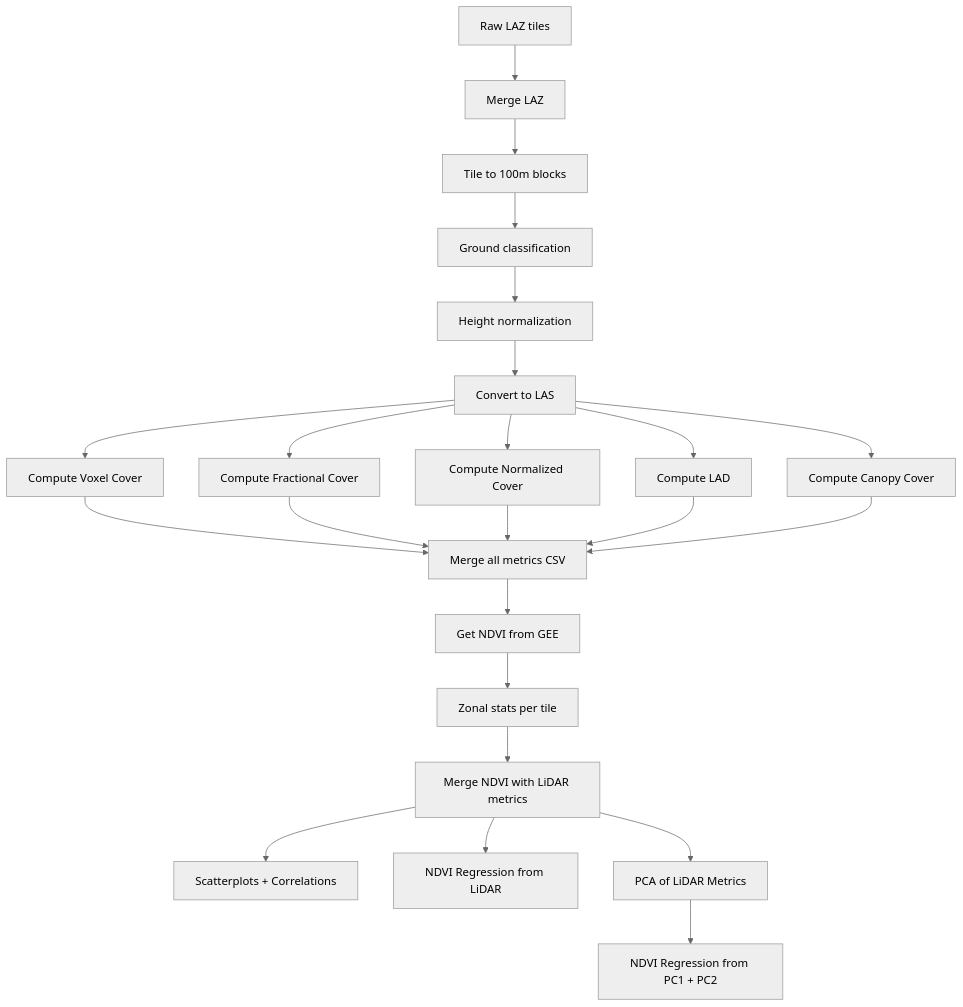
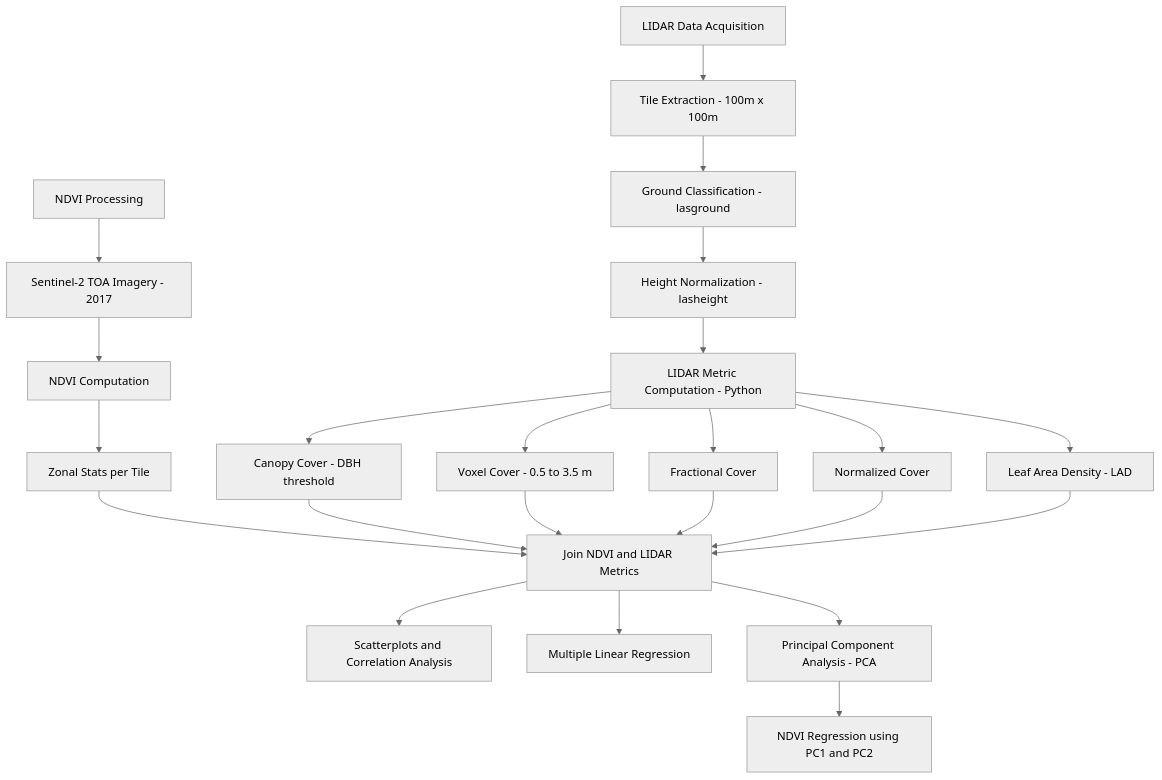
One commit to jarencecasisirano/taal-lidar-understory changed the diagram in README.md. Above: the diagram before and after it, drawn with Mermaid (neutral theme).

Commit message:
updated readme flowchart

````diff
--- a/README.md
+++ b/README.md
@@ -53,25 +53,44 @@
 ```mermaid
 graph TD
-  A[Raw LAZ tiles] --> B[Merge LAZ]
-  B --> C[Tile to 100m blocks]
-  C --> D[Ground classification]
-  D --> E[Height normalization]
-  E --> F[Convert to LAS]
-  F --> G1[Compute Voxel Cover]
-  F --> G2[Compute Fractional Cover]
-  F --> G3[Compute Normalized Cover]
-  F --> G4[Compute LAD]
-  F --> G5[Compute Canopy Cover]
-  G1 --> H[Merge all metrics CSV]
-  G2 --> H
-  G3 --> H
-  G4 --> H
-  G5 --> H
-  H --> I[Get NDVI from GEE]
-  I --> J[Zonal stats per tile]
-  J --> K[Merge NDVI with LiDAR metrics]
-  K --> L1[Scatterplots + Correlations]
-  K --> L2[NDVI Regression from LiDAR]
-  K --> L3[PCA of LiDAR Metrics]
-  L3 --> L4[NDVI Regression from PC1 + PC2]
+
+%% Left column - NDVI processing
+NDVI0[NDVI Processing]
+NDVI1[Sentinel-2 TOA Imagery - 2017]
+NDVI2[NDVI Computation]
+NDVI3[Zonal Stats per Tile]
+
+NDVI0 --> NDVI1 --> NDVI2 --> NDVI3
+
+%% Right column - LiDAR processing
+L0[LIDAR Data Acquisition]
+L1[Tile Extraction - 100m x 100m]
+L2[Ground Classification - lasground]
+L3[Height Normalization - lasheight]
+L4[LIDAR Metric Computation - Python]
+L5a[Canopy Cover - DBH threshold]
+L5b[Voxel Cover - 0.5 to 3.5 m]
+L5c[Fractional Cover]
+L5d[Normalized Cover]
+L5e[Leaf Area Density - LAD]
+
+L0 --> L1 --> L2 --> L3 --> L4
+L4 --> L5a
+L4 --> L5b
+L4 --> L5c
+L4 --> L5d
+L4 --> L5e
+
+%% Join and analysis
+JOIN[Join NDVI and LIDAR Metrics]
+NDVI3 --> JOIN
+L5a --> JOIN
+L5b --> JOIN
+L5c --> JOIN
+L5d --> JOIN
+L5e --> JOIN
+
+JOIN --> CORR[Scatterplots and Correlation Analysis]
+JOIN --> MLR[Multiple Linear Regression]
+JOIN --> PCA[Principal Component Analysis - PCA]
+PCA --> PCAreg[NDVI Regression using PC1 and PC2]
 ```
````
